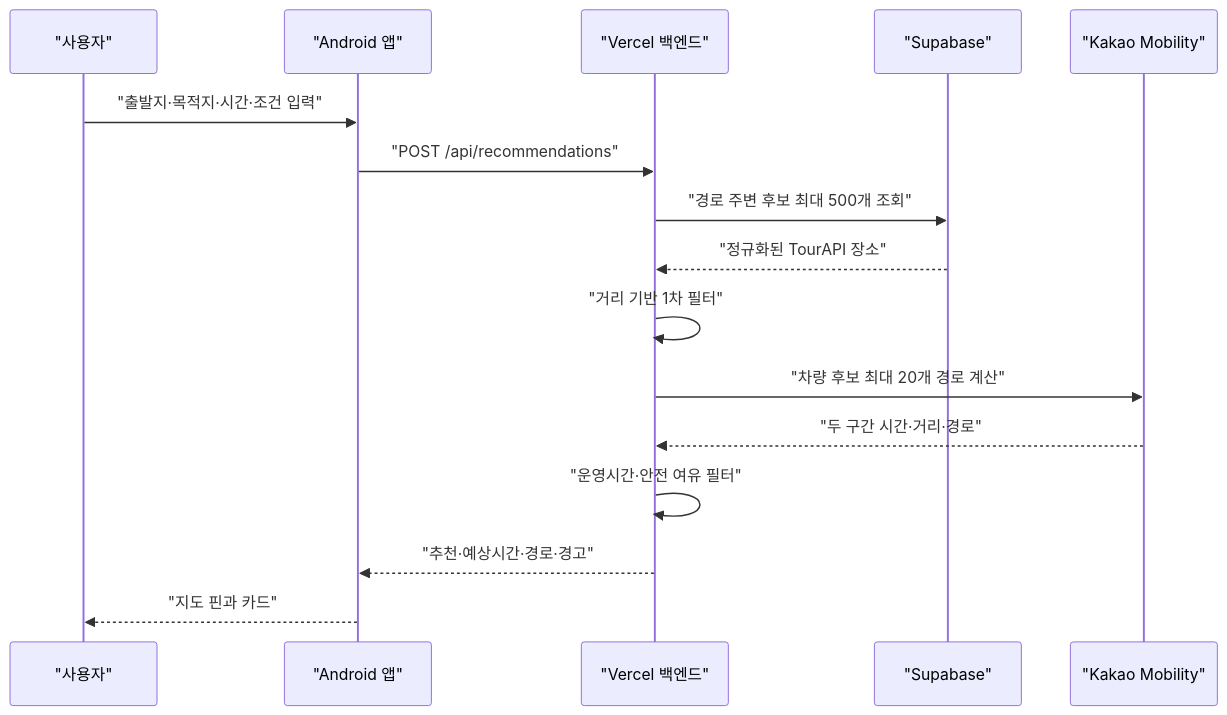
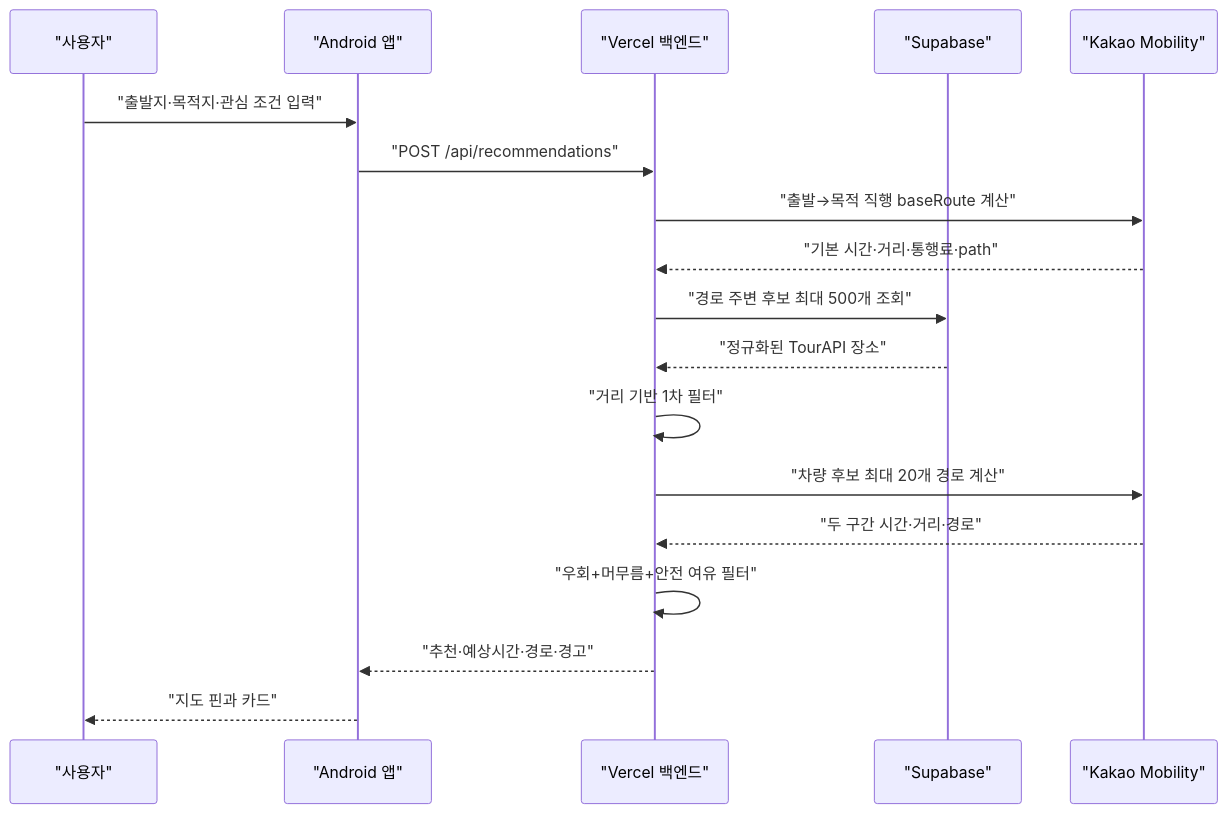
The third of 4 diagrams in docs/02_ARCHITECTURE.md (Newrred/tteumsae), drawn with Mermaid before and after one commit. The commit also changed other lines of this file and 37 other files, not shown here.

````diff
--- a/docs/02_ARCHITECTURE.md
+++ b/docs/02_ARCHITECTURE.md
@@ -102,19 +103,21 @@
 ```mermaid
 sequenceDiagram
     participant U as "사용자"
     participant A as "Android 앱"
     participant B as "Vercel 백엔드"
     participant D as "Supabase"
     participant K as "Kakao Mobility"
 
-    U->>A: "출발지·목적지·시간·조건 입력"
+    U->>A: "출발지·목적지·관심 조건 입력"
     A->>B: "POST /api/recommendations"
+    B->>K: "출발→목적 직행 baseRoute 계산"
+    K-->>B: "기본 시간·거리·통행료·path"
     B->>D: "경로 주변 후보 최대 500개 조회"
     D-->>B: "정규화된 TourAPI 장소"
     B->>B: "거리 기반 1차 필터"
     B->>K: "차량 후보 최대 20개 경로 계산"
     K-->>B: "두 구간 시간·거리·경로"
-    B->>B: "운영시간·안전 여유 필터"
+    B->>B: "우회+머무름+안전 여유 필터"
     B-->>A: "추천·예상시간·경로·경고"
     A-->>U: "지도 핀과 카드"
 ```
````
